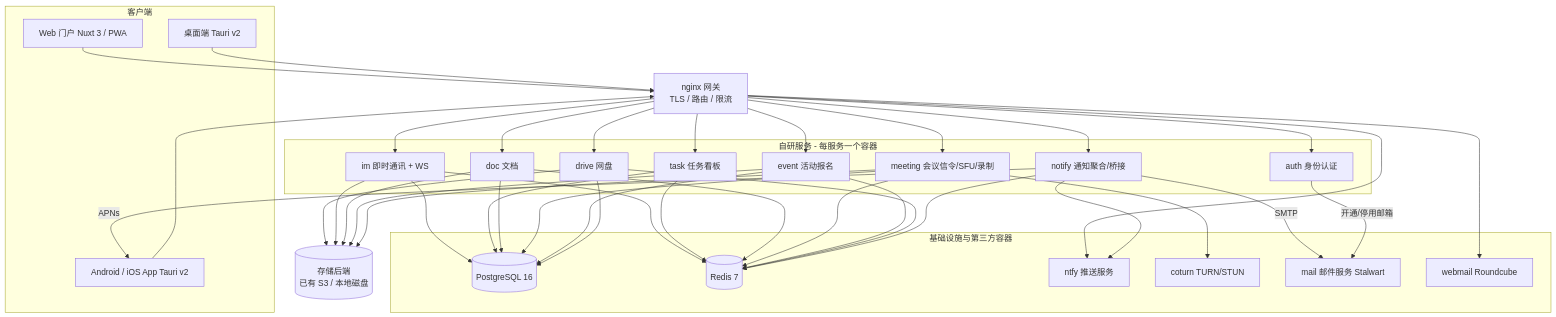
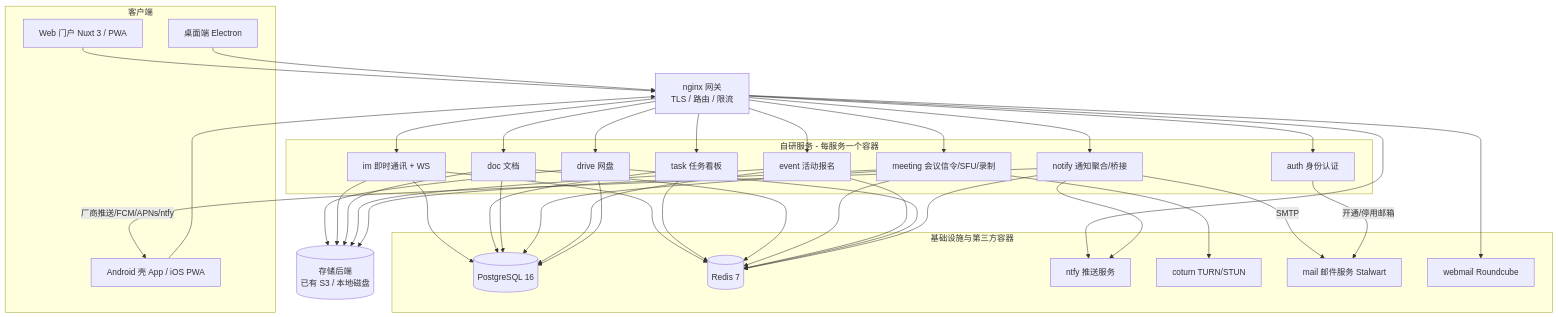
The first of 4 diagrams in docs/requirements.md (TUST-Open-Source-Club/oa), drawn with Mermaid before and after one commit. The commit also changed other lines of this file, not shown here.

Commit message:
docs: v0.9 需求调整——多厂商推送链（APNs/厂商/FCM/ntfy）+ 客户端形态（iOS PWA / Android 壳 / Electron）

````diff
--- a/docs/requirements.md
+++ b/docs/requirements.md
@@ -90,46 +91,46 @@
 ```mermaid
 flowchart TB
     subgraph Clients[客户端]
         WEB[Web 门户 Nuxt 3 / PWA]
-        MOB[Android / iOS App Tauri v2]
-        DESK[桌面端 Tauri v2]
+        MOB[Android 壳 App / iOS PWA]
+        DESK[桌面端 Electron]
     end
 
     GW[nginx 网关<br/>TLS / 路由 / 限流]
 
     subgraph Services[自研服务 - 每服务一个容器]
         AUTH[auth 身份认证]
         IM[im 即时通讯 + WS]
         TASK[task 任务看板]
         DOC[doc 文档]
         MEET[meeting 会议信令/SFU/录制]
         EVENT[event 活动报名]
         DRIVE[drive 网盘]
         NOTIFY[notify 通知聚合/桥接]
     end
 
     subgraph Infra[基础设施与第三方容器]
         PG[(PostgreSQL 16)]
         REDIS[(Redis 7)]
         NTFY[ntfy 推送服务]
         TURN[coturn TURN/STUN]
         MAIL[mail 邮件服务 Stalwart]
         WEBMAIL[webmail Roundcube]
     end
 
     STORE[(存储后端<br/>已有 S3 / 本地磁盘)]
 
     WEB --> GW
     MOB --> GW
     DESK --> GW
     GW --> AUTH & IM & TASK & DOC & MEET & EVENT & DRIVE & NOTIFY
     GW --> NTFY & WEBMAIL
     IM & TASK & DOC & MEET & EVENT & DRIVE --> PG
     IM & TASK & DOC & MEET & EVENT & DRIVE & NOTIFY --> REDIS
     DRIVE & IM & DOC & EVENT & MEET --> STORE
     MEET --> TURN
     NOTIFY --> NTFY
-    NOTIFY -->|APNs| MOB
+    NOTIFY -->|厂商推送/FCM/APNs/ntfy| MOB
     NOTIFY -->|SMTP| MAIL
     AUTH -->|开通/停用邮箱| MAIL
 ```
````
